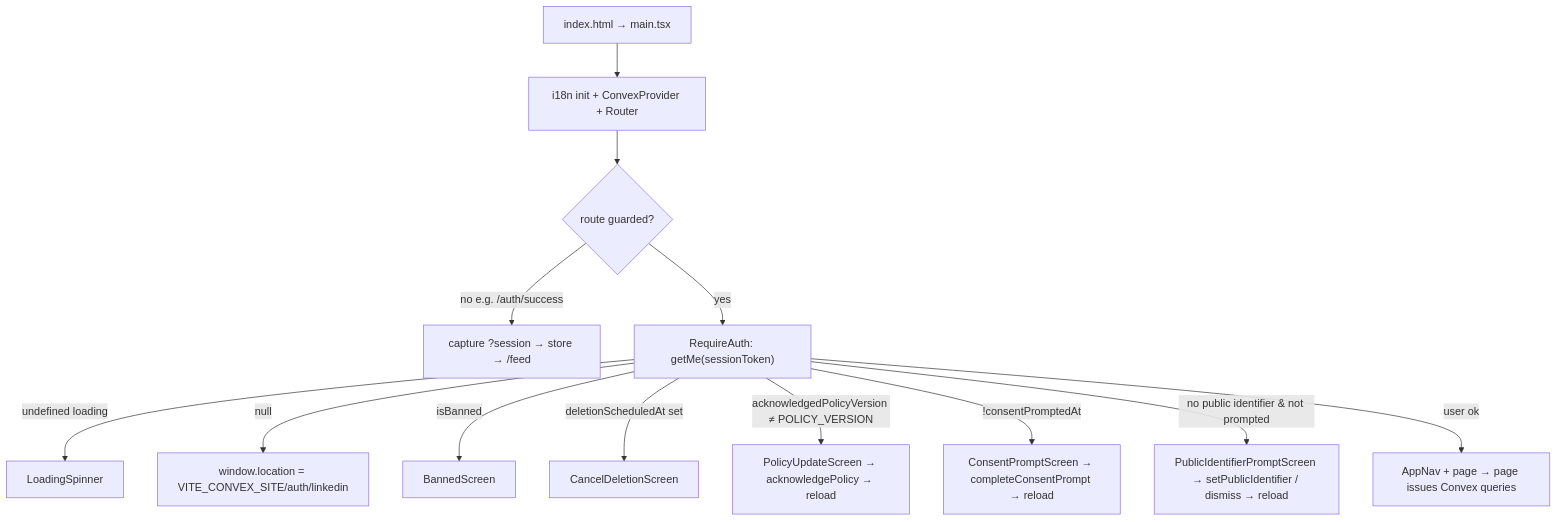
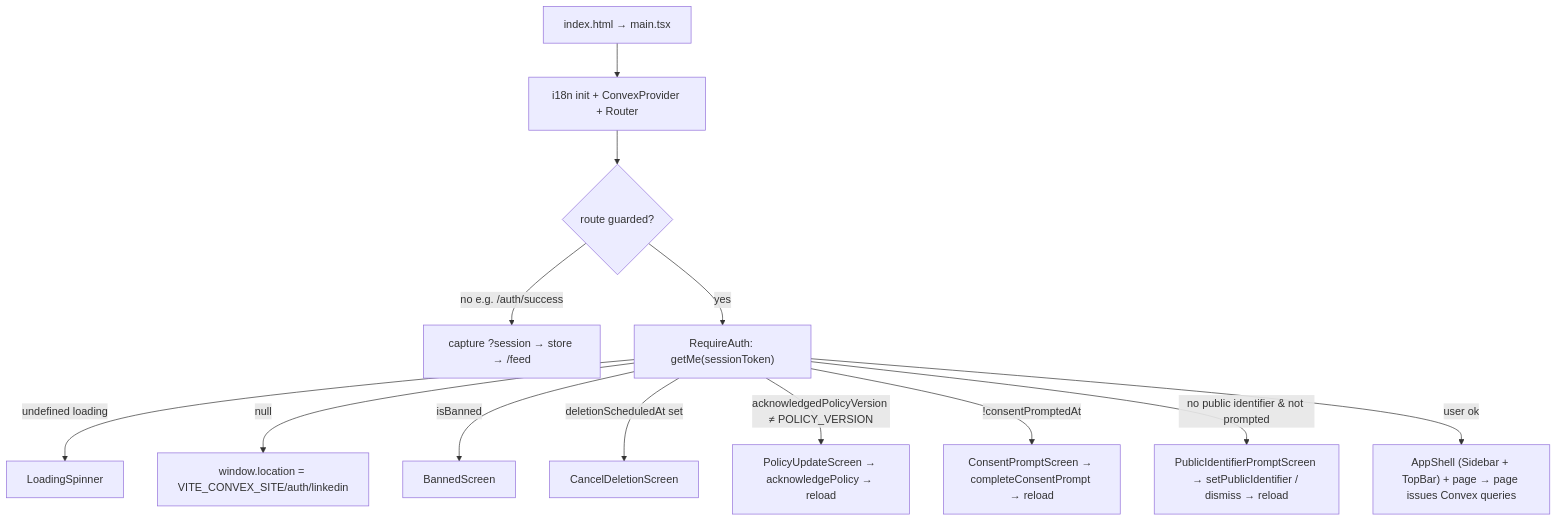
Diagram 19 of 19 in docs/PLATFORM.md (henriko202/glowing-octo-guide), drawn with Mermaid before and after one commit. The commit also changed other lines of this file and 20 other files, not shown here.

````diff
--- a/docs/PLATFORM.md
+++ b/docs/PLATFORM.md
@@ -1742,15 +1768,15 @@
 ```mermaid
 flowchart TD
   L["index.html → main.tsx"] --> I["i18n init + ConvexProvider + Router"]
   I --> RT{"route guarded?"}
   RT -->|no e.g. /auth/success| LAND["capture ?session → store → /feed"]
   RT -->|yes| RA["RequireAuth: getMe(sessionToken)"]
   RA -->|undefined loading| SP["LoadingSpinner"]
   RA -->|null| OAUTH["window.location = VITE_CONVEX_SITE/auth/linkedin"]
   RA -->|isBanned| BAN["BannedScreen"]
   RA -->|deletionScheduledAt set| CDEL["CancelDeletionScreen"]
   RA -->|"acknowledgedPolicyVersion ≠ POLICY_VERSION"| RECON["PolicyUpdateScreen → acknowledgePolicy → reload"]
   RA -->|"!consentPromptedAt"| CONSENT["ConsentPromptScreen → completeConsentPrompt → reload"]
   RA -->|"no public identifier & not prompted"| PID["PublicIdentifierPromptScreen → setPublicIdentifier / dismiss → reload"]
-  RA -->|user ok| SHELL["AppNav + page → page issues Convex queries"]
+  RA -->|user ok| SHELL["AppShell (Sidebar + TopBar) + page → page issues Convex queries"]
 ```
````
